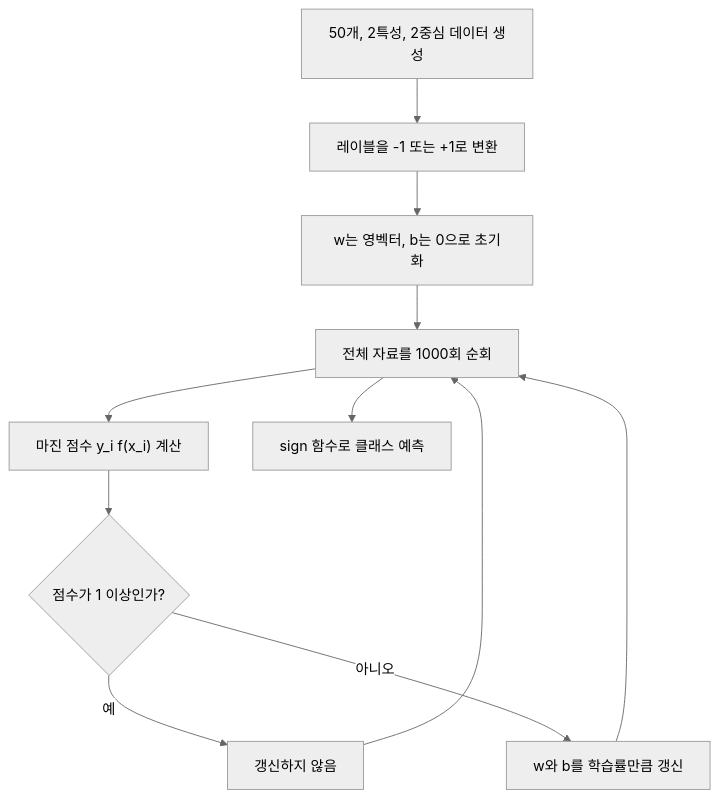
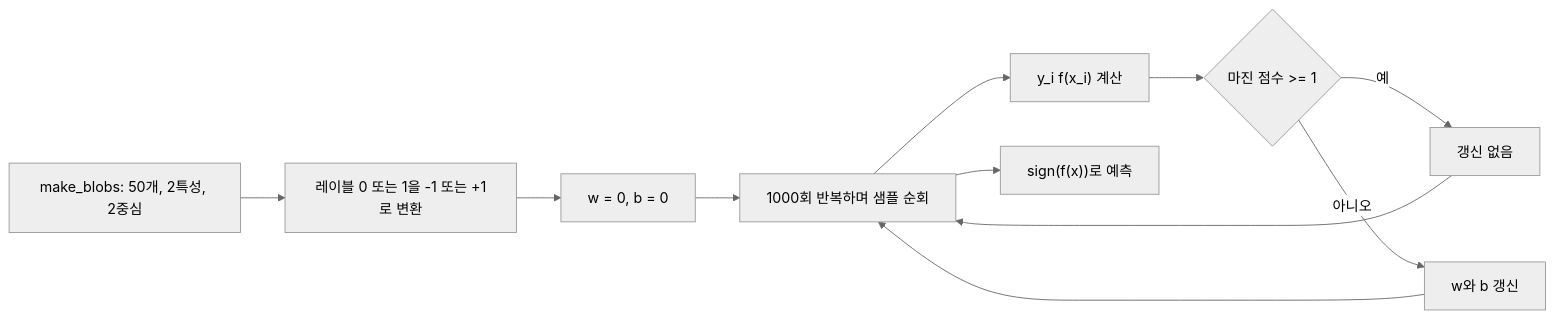
Before and after one commit to umyunsang/edu: the diagram in ComputerScience/03_ai-ml-data/machine-learning/notes/02. SVM 최대 마진과 힌지 손실.md, drawn with Mermaid (neutral theme). The commit also changed other lines of this file and 5 other files, not shown here.

````diff
--- a/ComputerScience/03_ai-ml-data/machine-learning/notes/02. SVM 최대 마진과 힌지 손실.md
+++ b/ComputerScience/03_ai-ml-data/machine-learning/notes/02. SVM 최대 마진과 힌지 손실.md
@@ -104,13 +109,13 @@
 ```mermaid
-flowchart TD
-  A["50개, 2특성, 2중심 데이터 생성"] --> B["레이블을 -1 또는 +1로 변환"]
-  B --> C["w는 영벡터, b는 0으로 초기화"]
-  C --> D["전체 자료를 1000회 순회"]
-  D --> E["마진 점수 y_i f(x_i) 계산"]
-  E --> F{"점수가 1 이상인가?"}
-  F -- "예" --> G["갱신하지 않음"]
-  F -- "아니오" --> H["w와 b를 학습률만큼 갱신"]
+flowchart LR
+  A["make_blobs: 50개, 2특성, 2중심"] --> B["레이블 0 또는 1을 -1 또는 +1로 변환"]
+  B --> C["w = 0, b = 0"]
+  C --> D["1000회 반복하며 샘플 순회"]
+  D --> E["y_i f(x_i) 계산"]
+  E --> F{"마진 점수 >= 1"}
+  F -- "예" --> G["갱신 없음"]
+  F -- "아니오" --> H["w와 b 갱신"]
   G --> D
   H --> D
-  D --> I["sign 함수로 클래스 예측"]
+  D --> I["sign(f(x))로 예측"]
 ```
````
